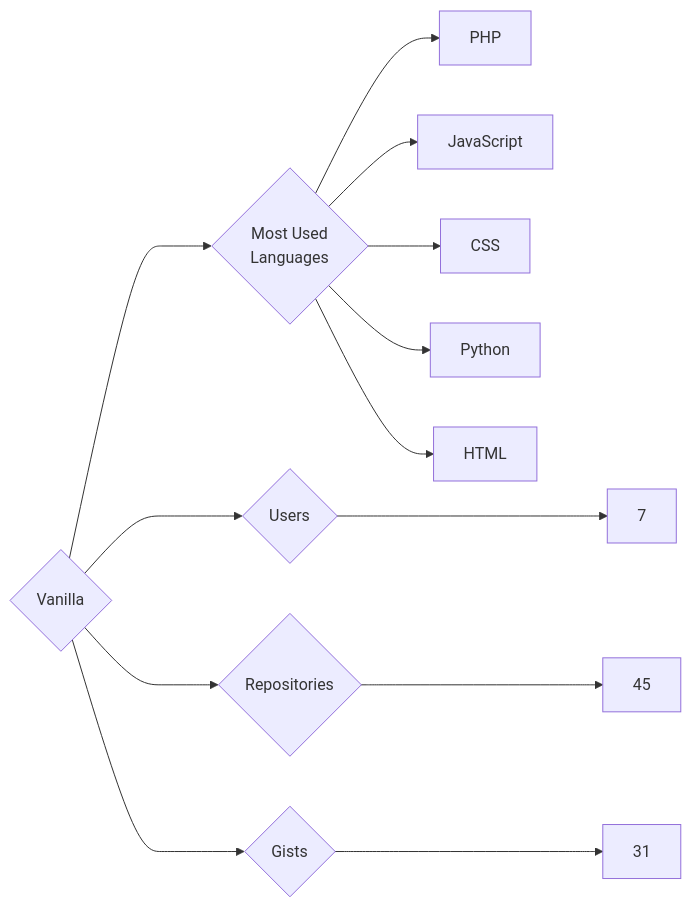
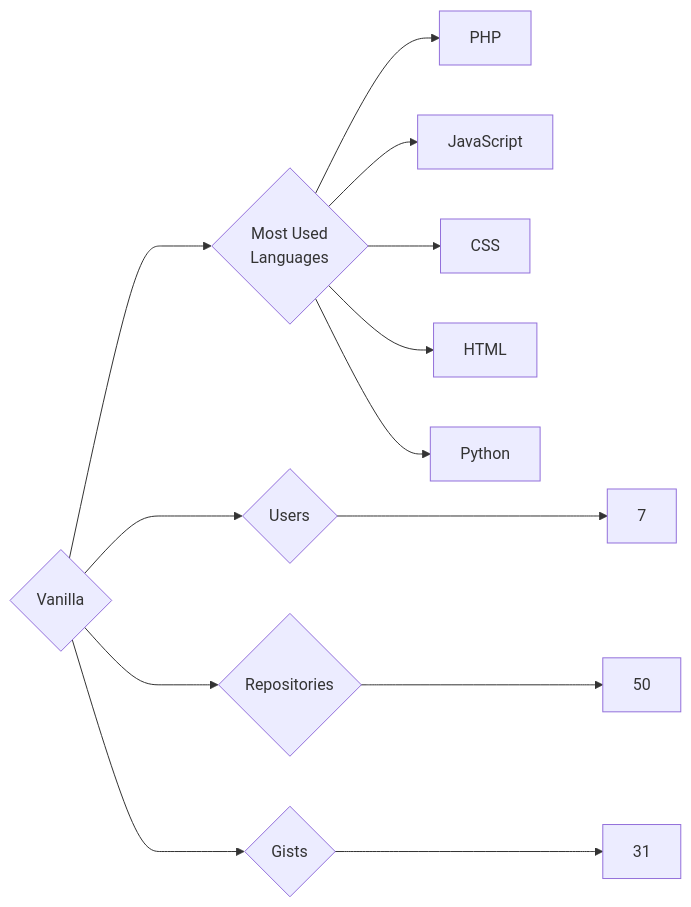
One commit to trickest/insiders changed the diagram in targets/Vanilla/README.md. Above: the diagram before and after it, drawn with Mermaid. The commit also changed 715 other files, not shown here.

````diff
--- a/targets/Vanilla/README.md
+++ b/targets/Vanilla/README.md
@@ -3,13 +3,13 @@
 ```mermaid
 graph LR
 COMPANY_NAME{Vanilla}
 COMPANY_NAME ---> U{Users} ---> UN[7]
-COMPANY_NAME ---> R{Repositories} ---> RN[45]
+COMPANY_NAME ---> R{Repositories} ---> RN[50]
 COMPANY_NAME ---> G{Gists} ---> GN[31]
 COMPANY_NAME ---> ML{Most Used<br>Languages}
 ML --> PHP[PHP]
 ML --> JavaScript[JavaScript]
 ML --> CSS[CSS]
+ML --> HTML[HTML]
 ML --> Python[Python]
-ML --> HTML[HTML]
 ```
````
